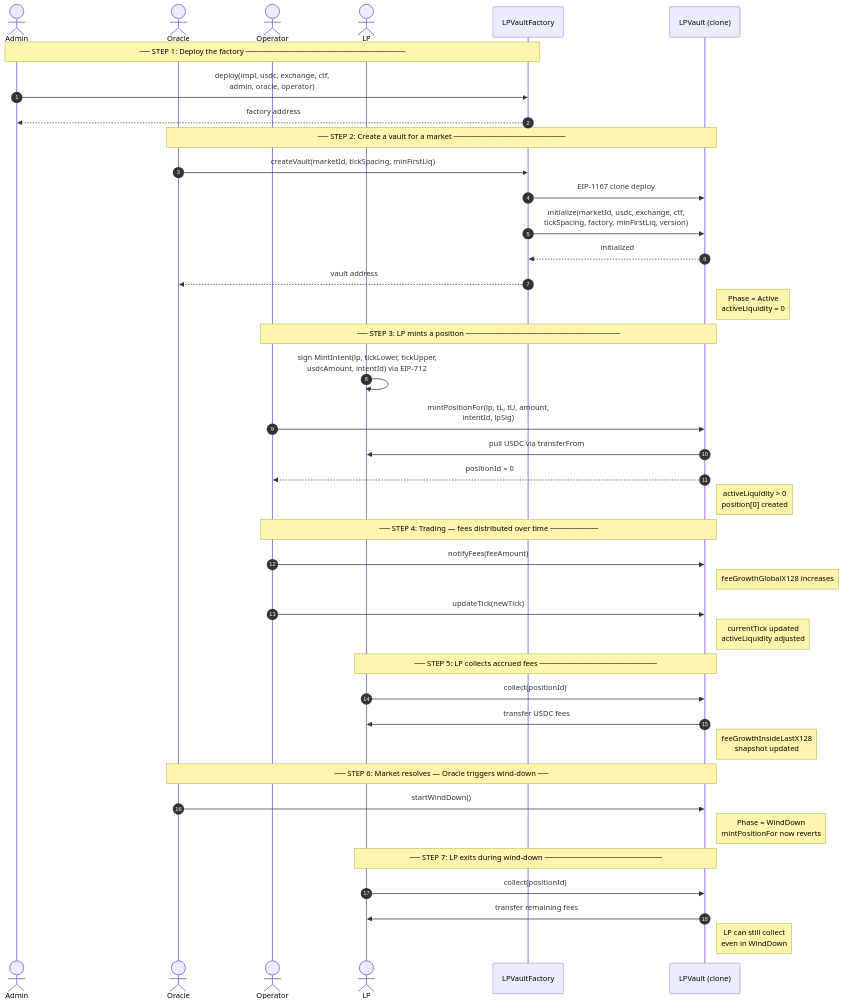
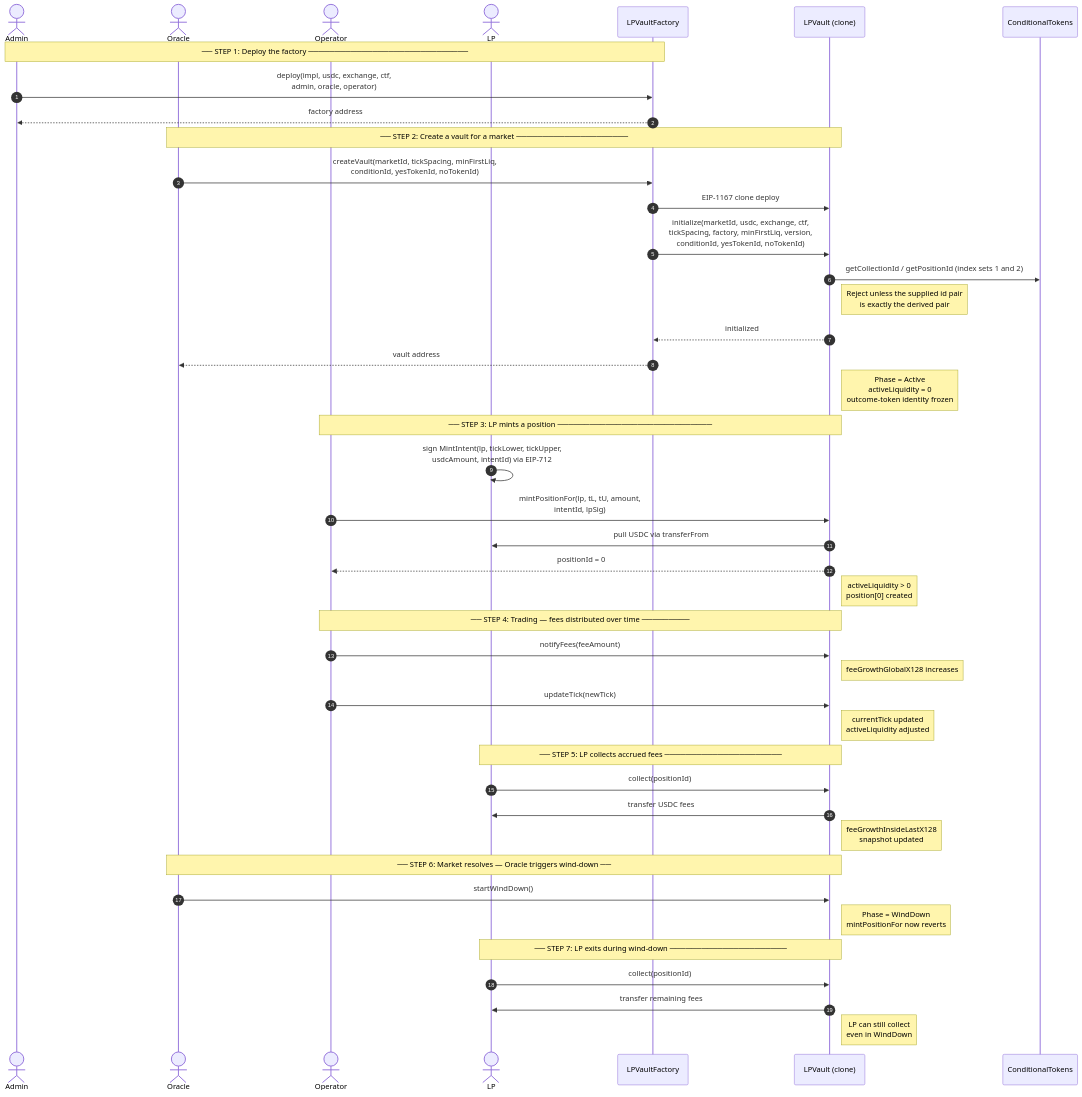
Before and after one commit to ProphetMarket/lp-vaults: the second of 12 diagrams in FLOWS.md, drawn with Mermaid. The commit also changed 27 other files, not shown here.

First line of the commit message:
feat: Add outcome-token identity to vaults

````diff
--- a/FLOWS.md
+++ b/FLOWS.md
@@ -41,49 +41,52 @@
 ```mermaid
 sequenceDiagram
     autonumber
     actor Admin
     actor Oracle
     actor Operator
     actor LP
     participant Factory as LPVaultFactory
     participant Vault as LPVault (clone)
+    participant CTF as ConditionalTokens
 
     Note over Admin,Factory: ── STEP 1: Deploy the factory ──────────────────────────────
     Admin->>Factory: deploy(impl, usdc, exchange, ctf,<br/>admin, oracle, operator)
     Factory-->>Admin: factory address
 
     Note over Oracle,Vault: ── STEP 2: Create a vault for a market ─────────────────────
-    Oracle->>Factory: createVault(marketId, tickSpacing, minFirstLiq)
+    Oracle->>Factory: createVault(marketId, tickSpacing, minFirstLiq,<br/>conditionId, yesTokenId, noTokenId)
     Factory->>Vault: EIP-1167 clone deploy
-    Factory->>Vault: initialize(marketId, usdc, exchange, ctf,<br/>tickSpacing, factory, minFirstLiq, version)
+    Factory->>Vault: initialize(marketId, usdc, exchange, ctf,<br/>tickSpacing, factory, minFirstLiq, version,<br/>conditionId, yesTokenId, noTokenId)
+    Vault->>CTF: getCollectionId / getPositionId (index sets 1 and 2)
+    Note right of Vault: Reject unless the supplied id pair<br/>is exactly the derived pair
     Vault-->>Factory: initialized
     Factory-->>Oracle: vault address
-    Note right of Vault: Phase = Active<br/>activeLiquidity = 0
+    Note right of Vault: Phase = Active<br/>activeLiquidity = 0<br/>outcome-token identity frozen
 
     Note over Operator,Vault: ── STEP 3: LP mints a position ─────────────────────────────
     LP->>LP: sign MintIntent(lp, tickLower, tickUpper,<br/>usdcAmount, intentId) via EIP-712
     Operator->>Vault: mintPositionFor(lp, tL, tU, amount,<br/>intentId, lpSig)
     Vault->>LP: pull USDC via transferFrom
     Vault-->>Operator: positionId = 0
     Note right of Vault: activeLiquidity > 0<br/>position[0] created
 
     Note over Operator,Vault: ── STEP 4: Trading — fees distributed over time ─────────
     Operator->>Vault: notifyFees(feeAmount)
     Note right of Vault: feeGrowthGlobalX128 increases
     Operator->>Vault: updateTick(newTick)
     Note right of Vault: currentTick updated<br/>activeLiquidity adjusted
 
     Note over LP,Vault: ── STEP 5: LP collects accrued fees ──────────────────────
     LP->>Vault: collect(positionId)
     Vault->>LP: transfer USDC fees
     Note right of Vault: feeGrowthInsideLastX128<br/>snapshot updated
 
     Note over Oracle,Vault: ── STEP 6: Market resolves — Oracle triggers wind-down ──
     Oracle->>Vault: startWindDown()
     Note right of Vault: Phase = WindDown<br/>mintPositionFor now reverts
 
     Note over LP,Vault: ── STEP 7: LP exits during wind-down ──────────────────────
     LP->>Vault: collect(positionId)
     Vault->>LP: transfer remaining fees
     Note right of Vault: LP can still collect<br/>even in WindDown
 ```
````
